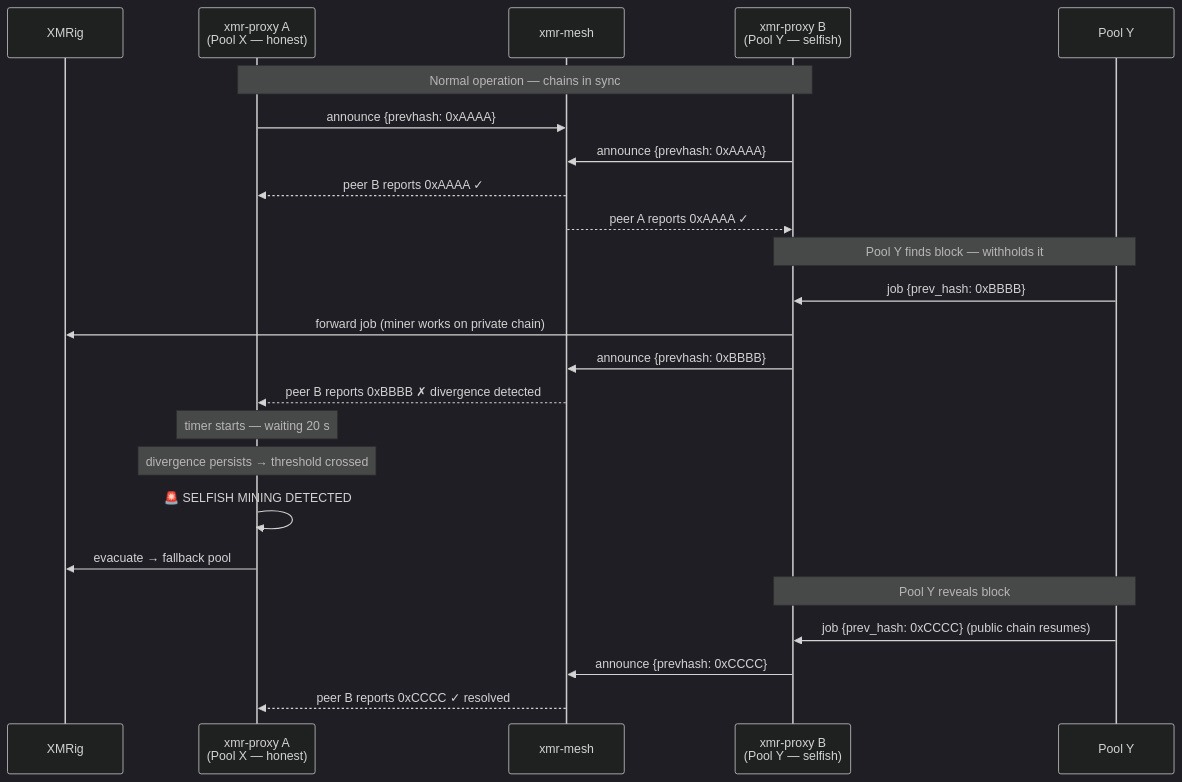
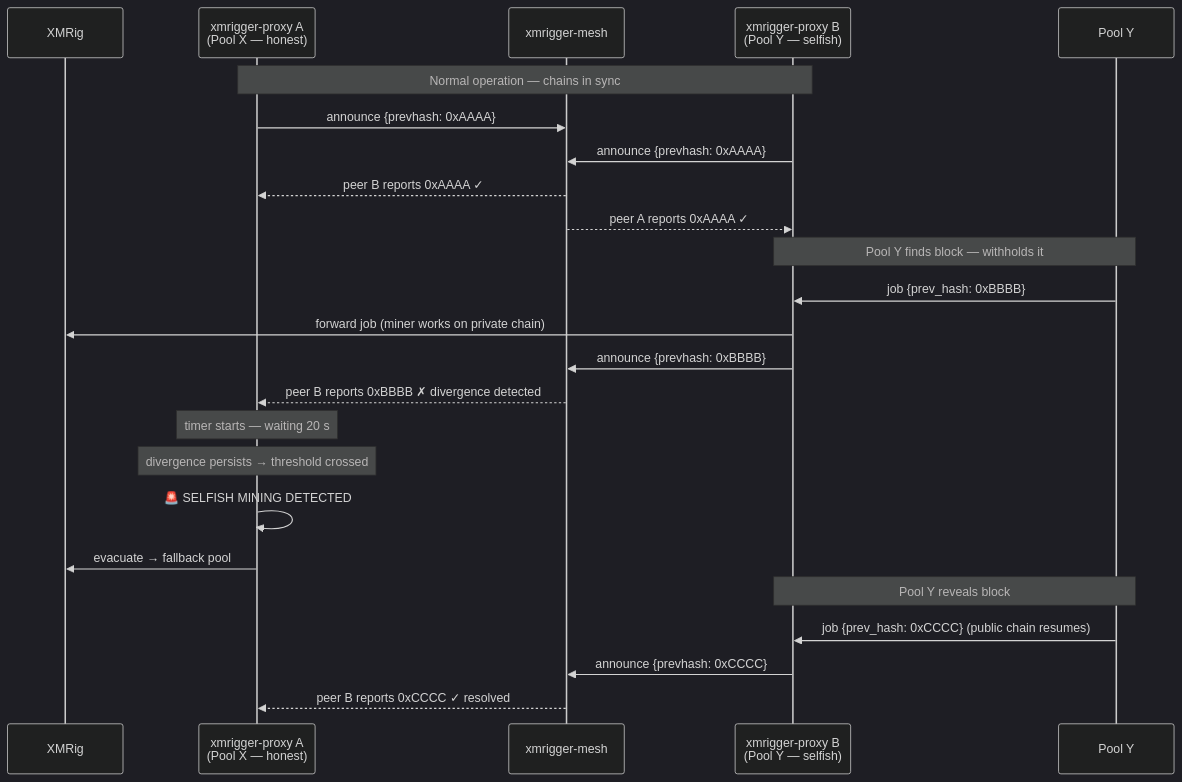
The first of 3 diagrams in README.md (xmrigger/xmrigger), drawn with Mermaid (dark theme) before and after one commit. The commit also changed other lines of this file and 1 other file, not shown here.

````diff
--- a/README.md
+++ b/README.md
@@ -41,30 +41,30 @@
 ```mermaid
 sequenceDiagram
     participant M as XMRig
-    participant A as xmr-proxy A<br/>(Pool X — honest)
-    participant NET as xmr-mesh
-    participant B as xmr-proxy B<br/>(Pool Y — selfish)
+    participant A as xmrigger-proxy A<br/>(Pool X — honest)
+    participant NET as xmrigger-mesh
+    participant B as xmrigger-proxy B<br/>(Pool Y — selfish)
     participant PY as Pool Y
 
     Note over A,B: Normal operation — chains in sync
     A->>NET: announce {prevhash: 0xAAAA}
     B->>NET: announce {prevhash: 0xAAAA}
     NET-->>A: peer B reports 0xAAAA ✓
     NET-->>B: peer A reports 0xAAAA ✓
 
     Note over PY,B: Pool Y finds block — withholds it
     PY->>B: job {prev_hash: 0xBBBB}
     B->>M: forward job (miner works on private chain)
     B->>NET: announce {prevhash: 0xBBBB}
     NET-->>A: peer B reports 0xBBBB ✗ divergence detected
     Note over A: timer starts — waiting 20 s
 
     Note over A: divergence persists → threshold crossed
     A->>A: 🚨 SELFISH MINING DETECTED
     A->>M: evacuate → fallback pool
 
     Note over PY,B: Pool Y reveals block
     PY->>B: job {prev_hash: 0xCCCC} (public chain resumes)
     B->>NET: announce {prevhash: 0xCCCC}
     NET-->>A: peer B reports 0xCCCC ✓ resolved
 ```
````
